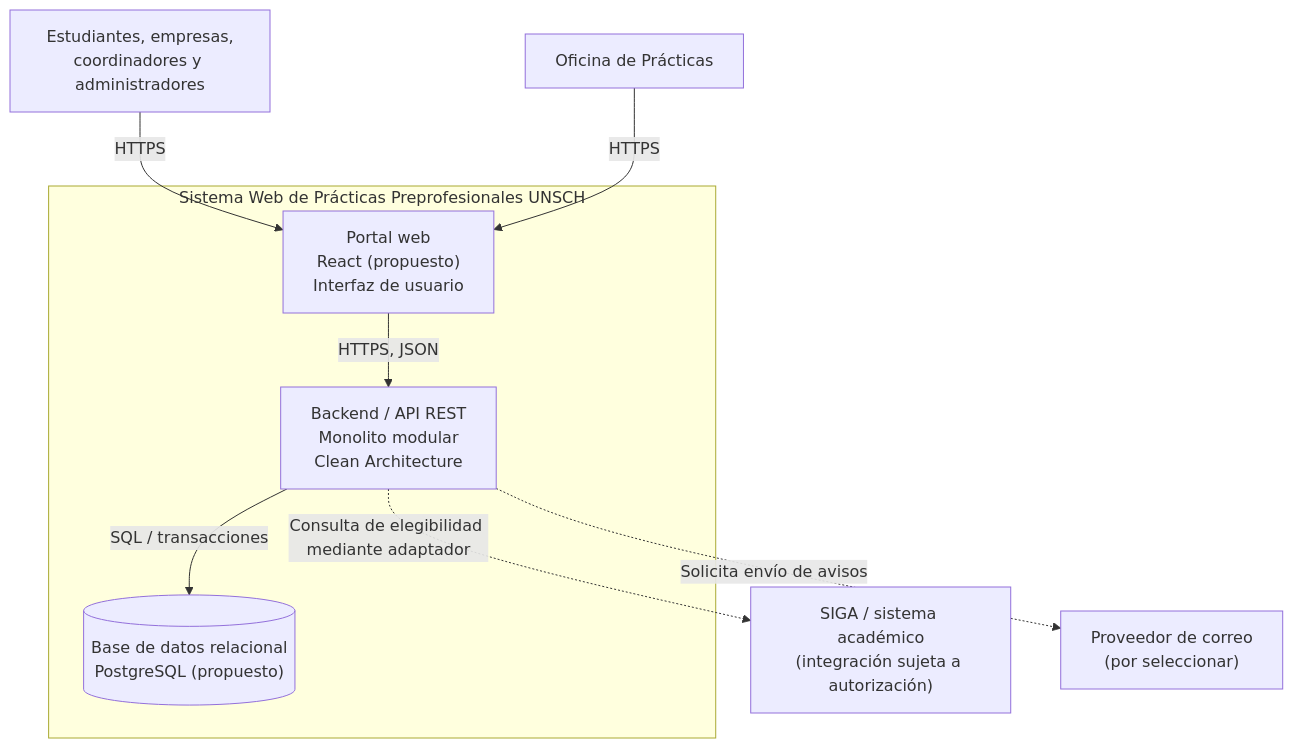
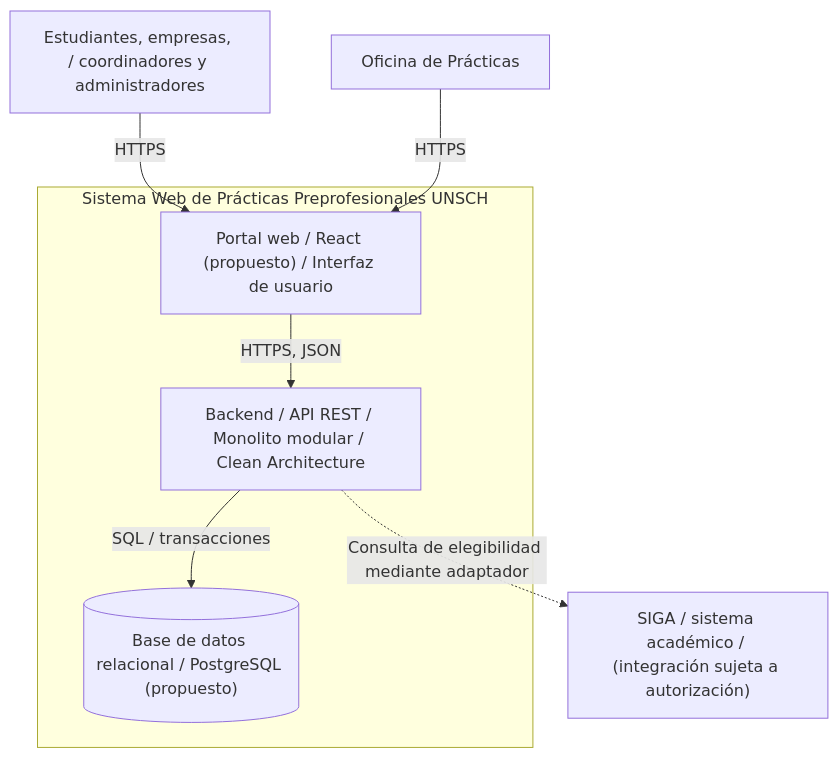
The second of 4 diagrams in docs/02-arquitectura/diagramas-c4/diagramas-c4.md (Jhoncode987/Sistema-de-Gestion-y-Publicacion-Practicas-Preprofesionales), drawn with Mermaid before and after one commit. The commit also changed other lines of this file and 13 other files, not shown here.

Commit message:
docs: conservar arquitectura y diagramas originales y detallar los siete módulos

````diff
--- a/docs/02-arquitectura/diagramas-c4/diagramas-c4.md
+++ b/docs/02-arquitectura/diagramas-c4/diagramas-c4.md
@@ -60,21 +57,19 @@
 ```mermaid
 flowchart TB
-    Users["Estudiantes, empresas,<br/>coordinadores y administradores"]
+    Users["Estudiantes, empresas, / coordinadores y administradores"]
     Office["Oficina de Prácticas"]
 
     subgraph System["Sistema Web de Prácticas Preprofesionales UNSCH"]
-        Web["Portal web<br/>React (propuesto)<br/>Interfaz de usuario"]
-        API["Backend / API REST<br/>Monolito modular<br/>Clean Architecture"]
-        DB[("Base de datos relacional<br/>PostgreSQL (propuesto)")]
+        Web["Portal web / React (propuesto) / Interfaz de usuario"]
+        API["Backend / API REST / Monolito modular / Clean Architecture"]
+        DB[("Base de datos relacional / PostgreSQL (propuesto)")]
     end
 
-    SIGA["SIGA / sistema académico<br/>(integración sujeta a autorización)"]
-    Mail["Proveedor de correo<br/>(por seleccionar)"]
+    SIGA["SIGA / sistema académico / (integración sujeta a autorización)"]
 
     Users -->|"HTTPS"| Web
     Office -->|"HTTPS"| Web
     Web -->|"HTTPS, JSON"| API
     API -->|"SQL / transacciones"| DB
     API -.->|"Consulta de elegibilidad mediante adaptador"| SIGA
-    API -.->|"Solicita envío de avisos"| Mail
 ```
````
